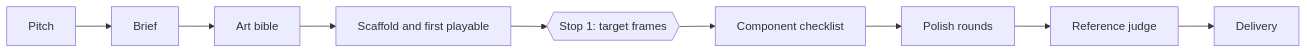
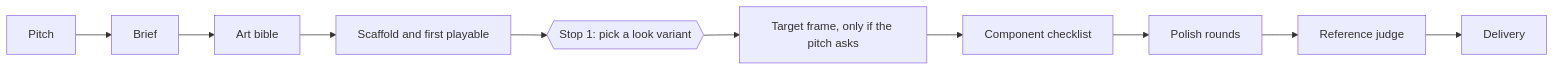
Before and after one commit to willianjusten/agent-skills: the diagram in skills/orchestration/conduct/README.md, drawn with Mermaid. The commit also changed other lines of this file and 7 other files, not shown here.

Commit message:
feat(conductor): look variants replace the first stop, target frame only on request

````diff
--- a/skills/orchestration/conduct/README.md
+++ b/skills/orchestration/conduct/README.md
@@ -7,11 +7,12 @@
 ```mermaid
 flowchart LR
   A[Pitch] --> B[Brief]
   B --> C[Art bible]
   C --> D[Scaffold and first playable]
-  D --> E{{Stop 1: target frames}}
+  D --> L{{Stop 1: pick a look variant}}
+  L --> E[Target frame, only if the pitch asks]
   E --> F[Component checklist]
   F --> G[Polish rounds]
   G --> H[Reference judge]
   H --> I[Delivery]
 ```
````
